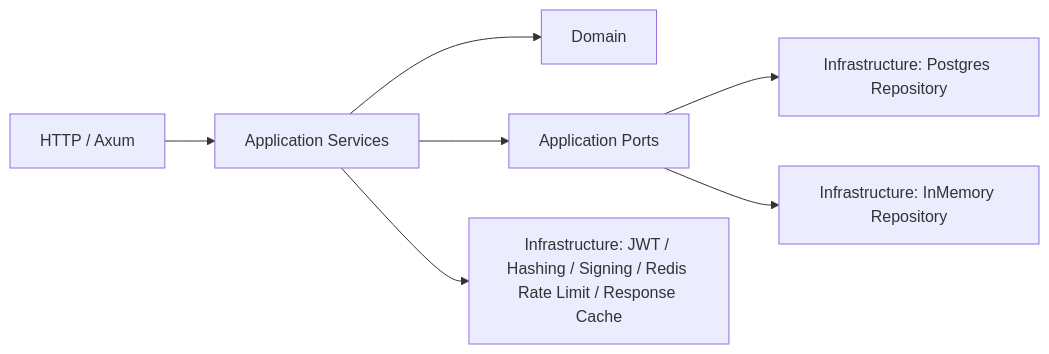
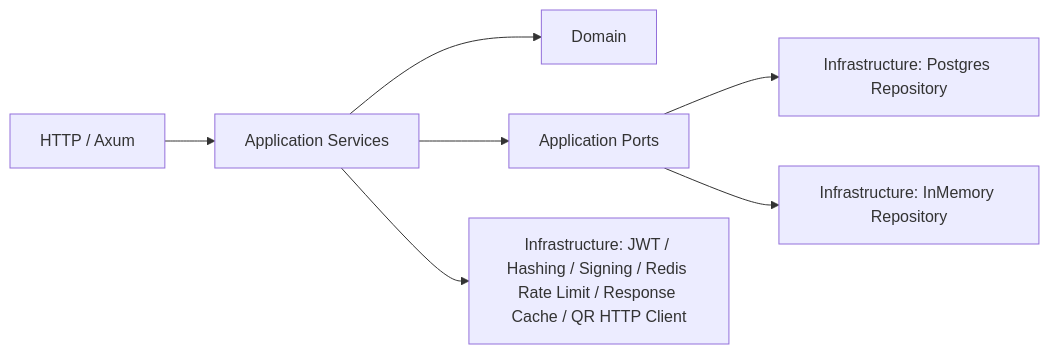
One commit to Cricko7/resum-vizor changed the first of 5 diagrams in README.md. Above: the diagram before and after it, drawn with Mermaid. The commit also changed other lines of this file and 24 other files, not shown here.

````diff
--- a/README.md
+++ b/README.md
@@ -138,9 +141,9 @@
 ```mermaid
 flowchart LR
     A["HTTP / Axum"] --> B["Application Services"]
     B --> C["Domain"]
     B --> D["Application Ports"]
     D --> E["Infrastructure: Postgres Repository"]
     D --> F["Infrastructure: InMemory Repository"]
-    B --> G["Infrastructure: JWT / Hashing / Signing / Redis Rate Limit / Response Cache"]
+    B --> G["Infrastructure: JWT / Hashing / Signing / Redis Rate Limit / Response Cache / QR HTTP Client"]
 ```
````
